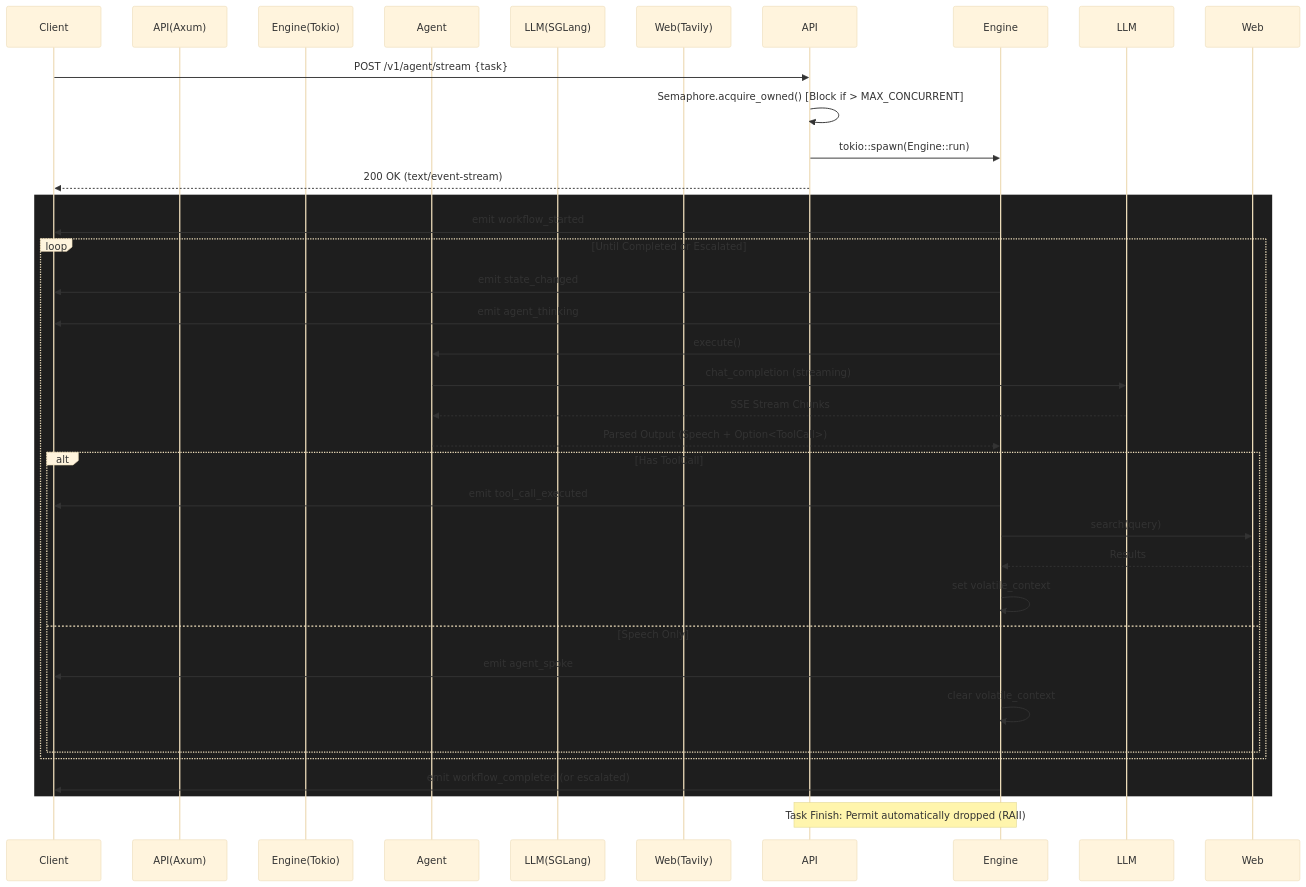
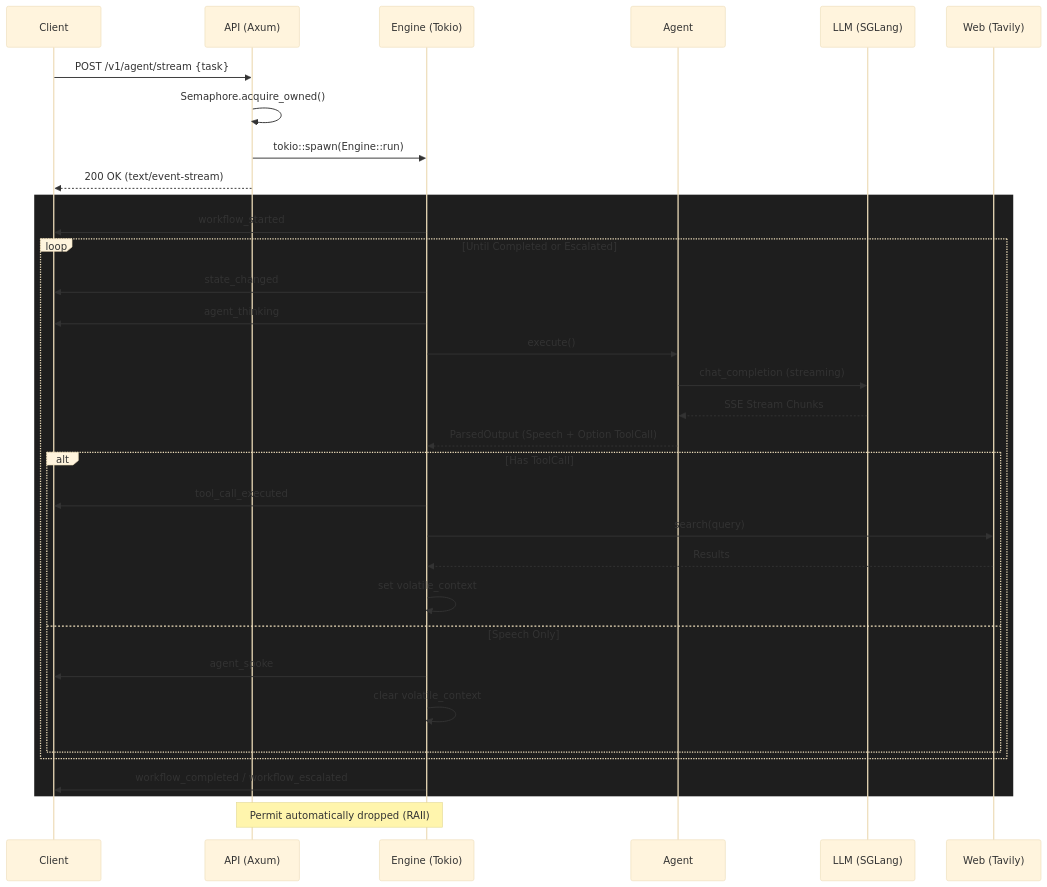
The second of 2 diagrams in README.md (Funmatu/lean-agents-rs), drawn with Mermaid (base theme) before and after one commit. The commit also changed other lines of this file, not shown here.

First line of the commit message:
docs: rewrite README.md with comprehensive architecture and Phase 2/3 features

````diff
--- a/README.md
+++ b/README.md
@@ -188,40 +390,38 @@
 ```mermaid
 sequenceDiagram
     participant Client
-    participant API(Axum)
-    participant Engine(Tokio)
+    participant API as API (Axum)
+    participant Engine as Engine (Tokio)
     participant Agent
-    participant LLM(SGLang)
-    participant Web(Tavily)
-    
+    participant LLM as LLM (SGLang)
+    participant Web as Web (Tavily)
+
     Client->>API: POST /v1/agent/stream {task}
-    API->>API: Semaphore.acquire_owned() [Block if > MAX_CONCURRENT]
+    API->>API: Semaphore.acquire_owned()
     API->>Engine: tokio::spawn(Engine::run)
     API-->>Client: 200 OK (text/event-stream)
-    
+
     rect rgb(30, 30, 30)
-        Engine->>Client: emit workflow_started
-        
+        Engine->>Client: workflow_started
         loop Until Completed or Escalated
-            Engine->>Client: emit state_changed
-            Engine->>Client: emit agent_thinking
+            Engine->>Client: state_changed
+            Engine->>Client: agent_thinking
             Engine->>Agent: execute()
             Agent->>LLM: chat_completion (streaming)
             LLM-->>Agent: SSE Stream Chunks
-            Agent-->>Engine: Parsed Output (Speech + Option<ToolCall>)
-            
+            Agent-->>Engine: ParsedOutput (Speech + Option ToolCall)
+
             alt Has ToolCall
-                Engine->>Client: emit tool_call_executed
+                Engine->>Client: tool_call_executed
                 Engine->>Web: search(query)
                 Web-->>Engine: Results
                 Engine->>Engine: set volatile_context
             else Speech Only
-                Engine->>Client: emit agent_spoke
+                Engine->>Client: agent_spoke
                 Engine->>Engine: clear volatile_context
             end
         end
-        
-        Engine->>Client: emit workflow_completed (or escalated)
+        Engine->>Client: workflow_completed / workflow_escalated
     end
-    Note over API, Engine: Task Finish: Permit automatically dropped (RAII)
+    Note over API, Engine: Permit automatically dropped (RAII)
 ```
````
